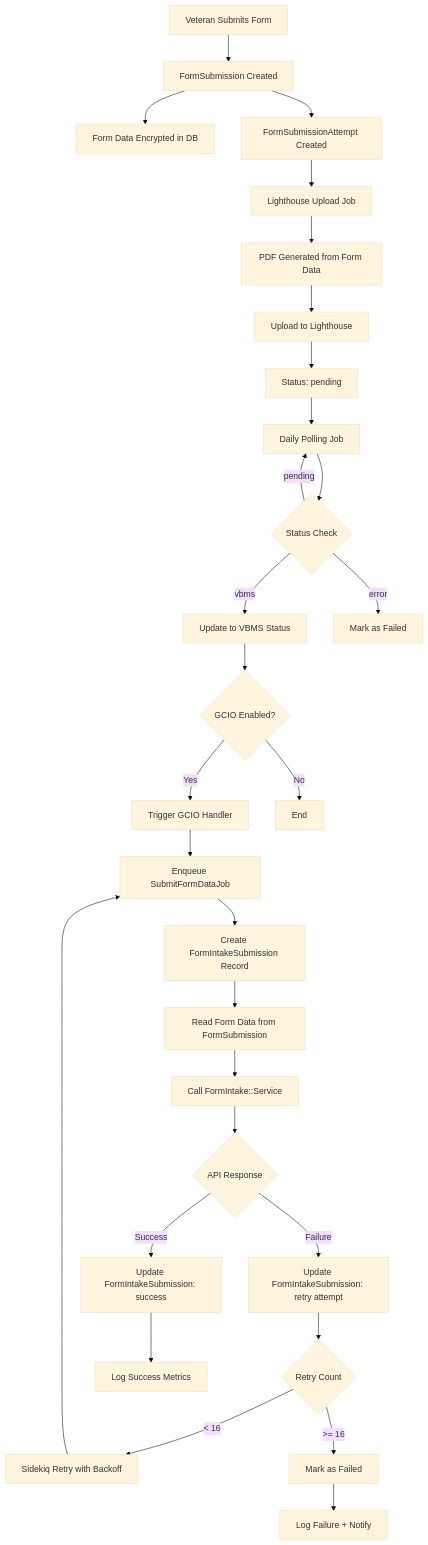
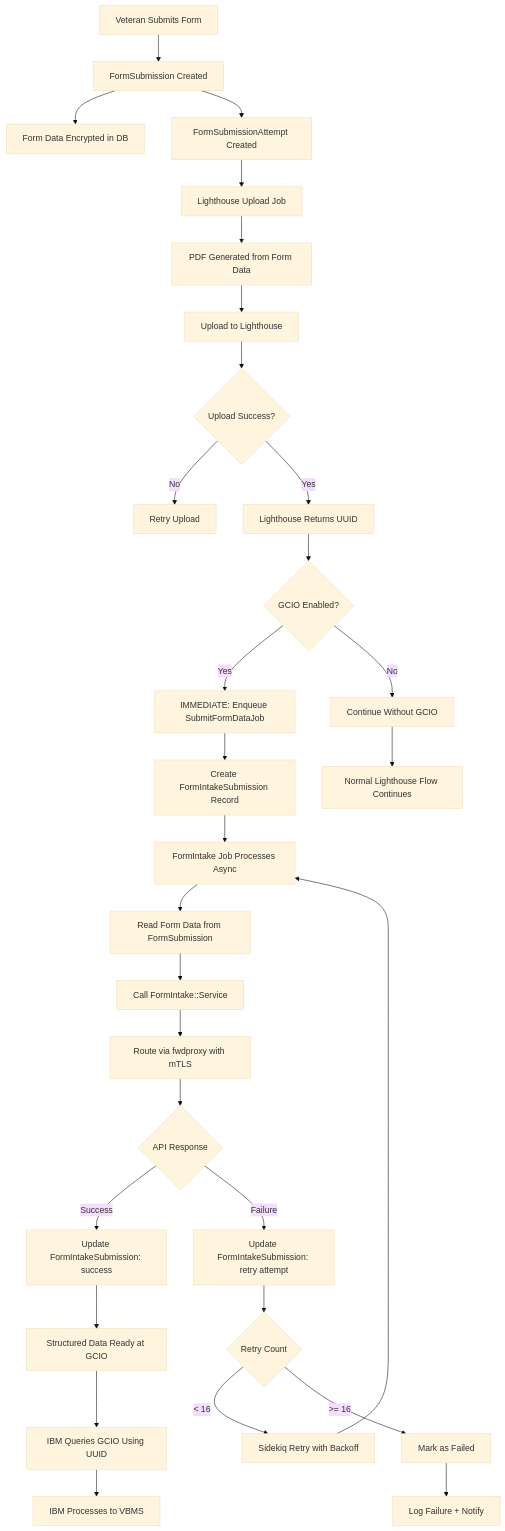
One commit to department-of-veterans-affairs/vets-api changed the sixth of 7 diagrams in docs/architecture/gcio-integration/c4-diagrams.md. Above: the diagram before and after it, drawn with Mermaid (base theme). The commit also changed other lines of this file and 3 other files, not shown here.

Commit message:
update timing for GCIO API call

````diff
--- a/docs/architecture/gcio-integration/c4-diagrams.md
+++ b/docs/architecture/gcio-integration/c4-diagrams.md
@@ -229,37 +238,39 @@
 ```mermaid
 flowchart TD
     A[Veteran Submits Form] --> B[FormSubmission Created]
     B --> C[Form Data Encrypted in DB]
     B --> D[FormSubmissionAttempt Created]
     D --> E[Lighthouse Upload Job]
     E --> F[PDF Generated from Form Data]
     F --> G[Upload to Lighthouse]
-    G --> H[Status: pending]
+    G --> H{Upload Success?}
     
-    H --> I[Daily Polling Job]
-    I --> J{Status Check}
-    J -->|pending| I
-    J -->|vbms| K[Update to VBMS Status]
-    J -->|error| L[Mark as Failed]
+    H -->|No| I[Retry Upload]
+    H -->|Yes| J[Lighthouse Returns UUID]
     
-    K --> M{GCIO Enabled?}
-    M -->|Yes| N[Trigger GCIO Handler]
-    M -->|No| O[End]
+    J --> K{GCIO Enabled?}
+    K -->|Yes| L[IMMEDIATE: Enqueue SubmitFormDataJob]
+    K -->|No| M[Continue Without GCIO]
     
-    N --> P[Enqueue SubmitFormDataJob]
-    P --> Q[Create FormIntakeSubmission Record]
-    Q --> R[Read Form Data from FormSubmission]
-    R --> S[Call FormIntake::Service]
-    S --> T{API Response}
+    L --> N[Create FormIntakeSubmission Record]
+    N --> O[FormIntake Job Processes Async]
+    O --> P[Read Form Data from FormSubmission]
+    P --> Q[Call FormIntake::Service]
+    Q --> R[Route via fwdproxy with mTLS]
+    R --> S{API Response}
     
-    T -->|Success| U[Update FormIntakeSubmission: success]
-    T -->|Failure| V[Update FormIntakeSubmission: retry attempt]
+    S -->|Success| T[Update FormIntakeSubmission: success]
+    S -->|Failure| U[Update FormIntakeSubmission: retry attempt]
     
-    V --> W{Retry Count}
-    W -->|< 16| X[Sidekiq Retry with Backoff]
-    W -->|>= 16| Y[Mark as Failed]
+    U --> V{Retry Count}
+    V -->|< 16| W[Sidekiq Retry with Backoff]
+    V -->|>= 16| X[Mark as Failed]
     
-    X --> P
-    U --> Z[Log Success Metrics]
-    Y --> AA[Log Failure + Notify]
+    W --> O
+    T --> Y[Structured Data Ready at GCIO]
+    Y --> Z[IBM Queries GCIO Using UUID]
+    Z --> AA[IBM Processes to VBMS]
+    X --> AB[Log Failure + Notify]
+    
+    M --> AC[Normal Lighthouse Flow Continues]
 ```
````
